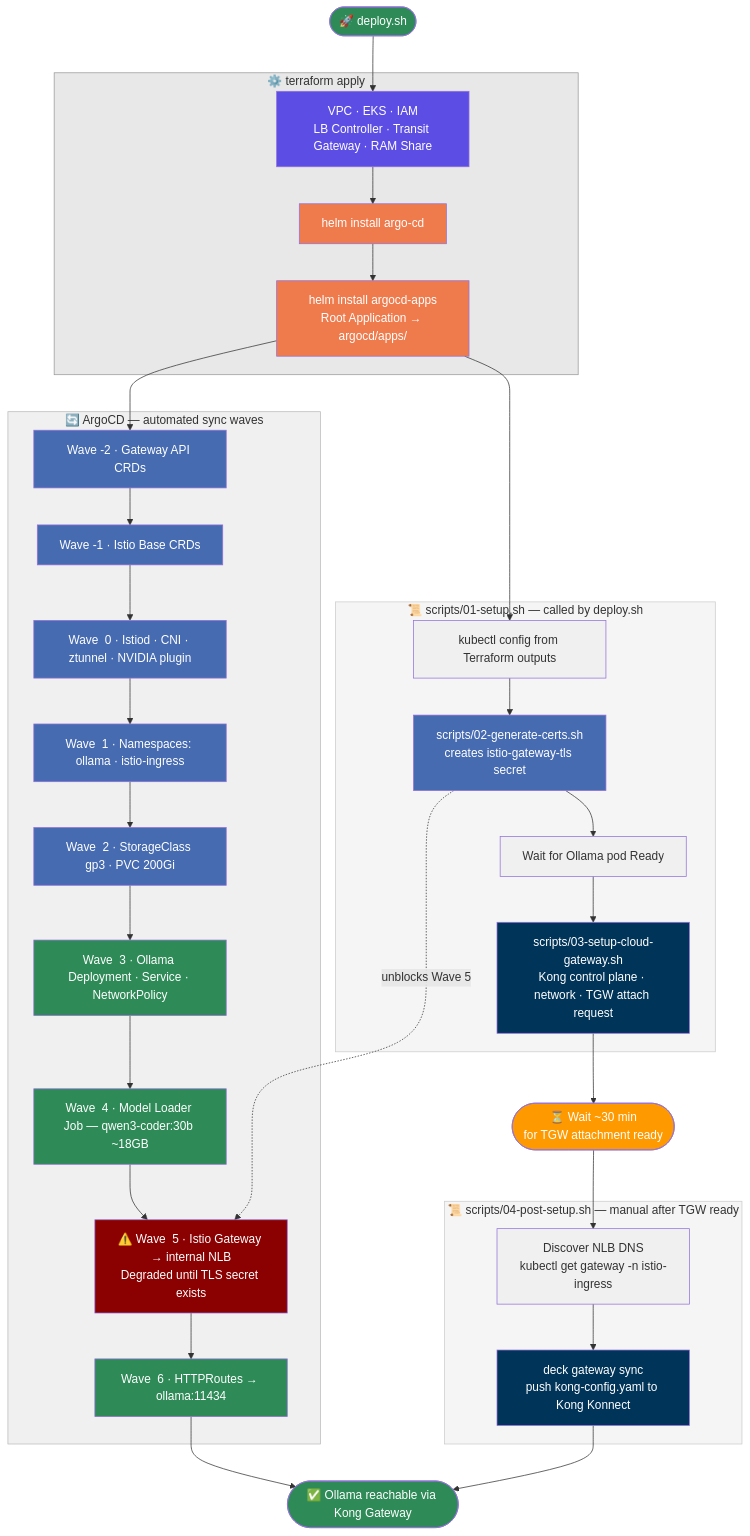
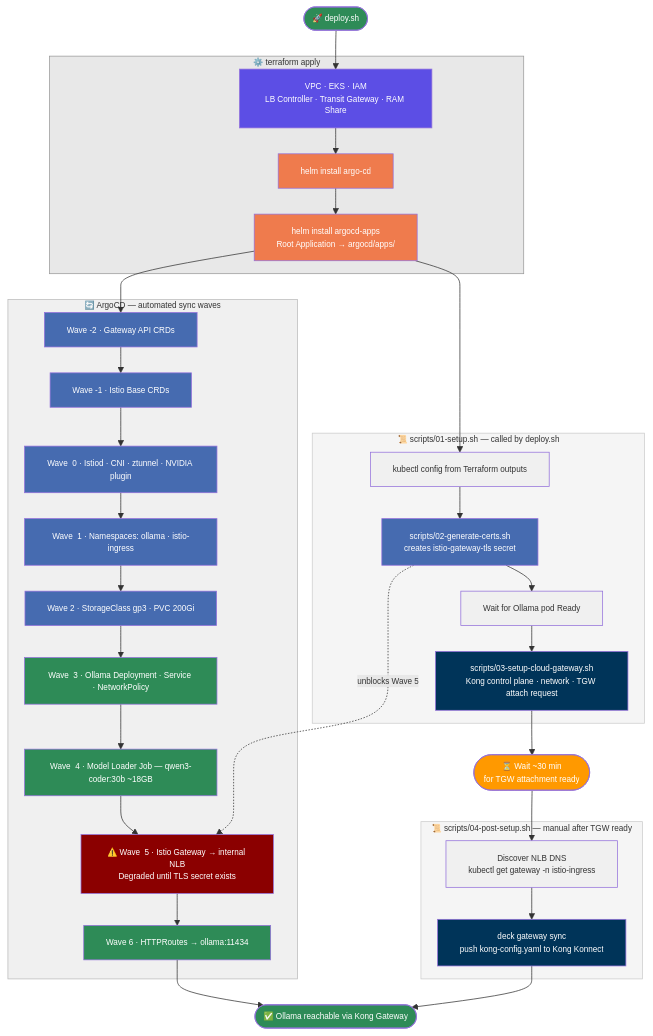
The second of 4 diagrams in README.md (shanaka-versent/Ollama-on-EKS), drawn with Mermaid before and after one commit.

Commit message:
docs: reduce deployment sequence diagram font size

````diff
--- a/README.md
+++ b/README.md
@@ -394,75 +394,76 @@
 ```mermaid
+%%{init: {'theme': 'default', 'themeVariables': {'fontSize': '11px'}, 'flowchart': {'nodeSpacing': 25, 'rankSpacing': 35}}}%%
 flowchart TD
     START(["🚀 deploy.sh"])
 
     subgraph TF["⚙️ terraform apply"]
         TF1["VPC · EKS · IAM\nLB Controller · Transit Gateway · RAM Share"]
         TF2["helm install argo-cd"]
         TF3["helm install argocd-apps\nRoot Application → argocd/apps/"]
         TF1 --> TF2 --> TF3
     end
 
     subgraph ARGO["🔄 ArgoCD — automated sync waves"]
         W_2["Wave -2 · Gateway API CRDs"]
         W_1["Wave -1 · Istio Base CRDs"]
         W0["Wave  0 · Istiod · CNI · ztunnel · NVIDIA plugin"]
         W1["Wave  1 · Namespaces: ollama · istio-ingress"]
         W2["Wave  2 · StorageClass gp3 · PVC 200Gi"]
         W3["Wave  3 · Ollama Deployment · Service · NetworkPolicy"]
         W4["Wave  4 · Model Loader Job — qwen3-coder:30b ~18GB"]
         W5["⚠️ Wave  5 · Istio Gateway → internal NLB\nDegraded until TLS secret exists"]
         W6["Wave  6 · HTTPRoutes → ollama:11434"]
         W_2 --> W_1 --> W0 --> W1 --> W2 --> W3 --> W4 --> W5 --> W6
     end
 
     subgraph SETUP["📜 scripts/01-setup.sh — called by deploy.sh"]
         SA["kubectl config from Terraform outputs"]
         SB["scripts/02-generate-certs.sh\ncreates istio-gateway-tls secret"]
         SC["Wait for Ollama pod Ready"]
         SD["scripts/03-setup-cloud-gateway.sh\nKong control plane · network · TGW attach request"]
         SA --> SB --> SC --> SD
     end
 
     subgraph POST["📜 scripts/04-post-setup.sh — manual after TGW ready"]
         PA["Discover NLB DNS\nkubectl get gateway -n istio-ingress"]
         PB["deck gateway sync\npush kong-config.yaml to Kong Konnect"]
         PA --> PB
     end
 
     DONE(["✅ Ollama reachable via Kong Gateway"])
 
     START --> TF1
     TF3 --> W_2
     TF3 --> SA
     SB -. "unblocks Wave 5" .-> W5
     SD --> WAIT(["⏳ Wait ~30 min\nfor TGW attachment ready"])
     WAIT --> PA
     W6 --> DONE
     PB --> DONE
 
     style START fill:#2E8B57,color:#fff
     style DONE fill:#2E8B57,color:#fff
     style WAIT fill:#FF9900,color:#fff
     style TF1 fill:#5C4EE5,color:#fff
     style TF2 fill:#EF7B4D,color:#fff
     style TF3 fill:#EF7B4D,color:#fff
     style W_2 fill:#466BB0,color:#fff
     style W_1 fill:#466BB0,color:#fff
     style W0 fill:#466BB0,color:#fff
     style W1 fill:#466BB0,color:#fff
     style W2 fill:#466BB0,color:#fff
     style W3 fill:#2E8B57,color:#fff
     style W4 fill:#2E8B57,color:#fff
     style W5 fill:#8B0000,color:#fff
     style W6 fill:#2E8B57,color:#fff
     style SA fill:#F0F0F0,color:#333
     style SB fill:#466BB0,color:#fff
     style SC fill:#F0F0F0,color:#333
     style SD fill:#003459,color:#fff
     style PA fill:#F0F0F0,color:#333
     style PB fill:#003459,color:#fff
     style TF fill:#E8E8E8,stroke:#999,color:#333
     style ARGO fill:#F0F0F0,stroke:#BBB,color:#333
     style SETUP fill:#F5F5F5,stroke:#CCC,color:#333
     style POST fill:#F5F5F5,stroke:#CCC,color:#333
 ```
````
